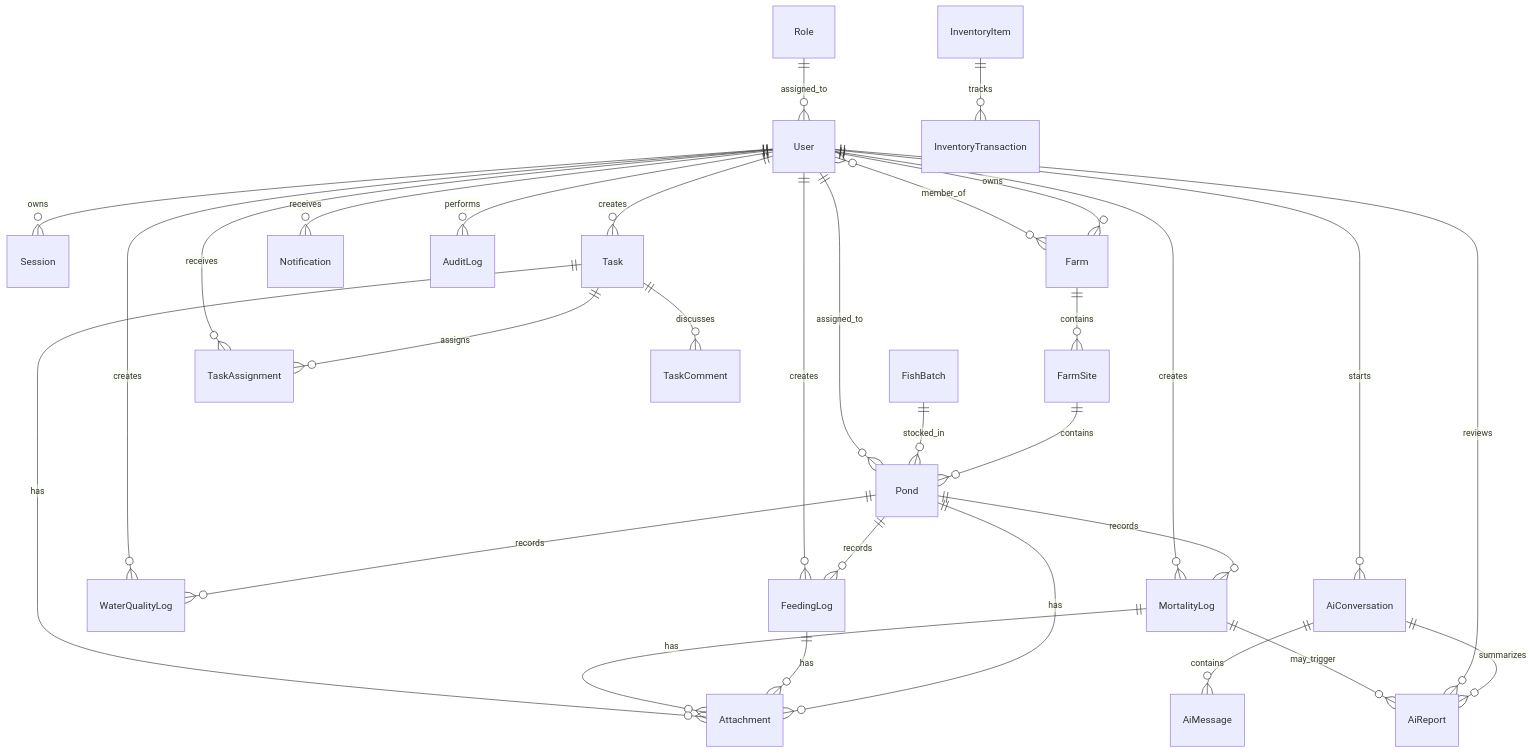
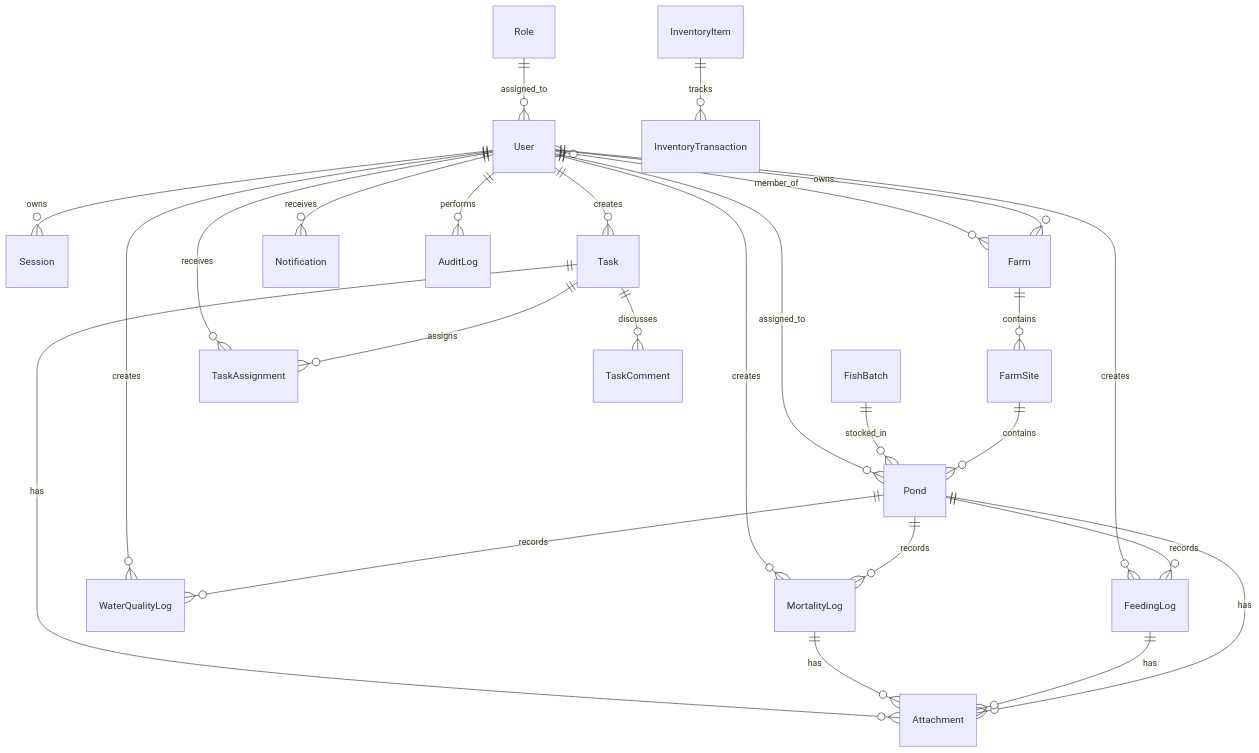
One commit to YunusaBah/AquaCulture changed the diagram in docs/aquaculture-architecture.md. Above: the diagram before and after it, drawn with Mermaid. The commit also changed other lines of this file and 19 other files, not shown here.

````diff
--- a/docs/aquaculture-architecture.md
+++ b/docs/aquaculture-architecture.md
@@ -24,37 +24,32 @@
 ```mermaid
 erDiagram
   User ||--o{ Session : owns
   Role ||--o{ User : assigned_to
   User ||--o{ Farm : owns
   User }o--o{ Farm : member_of
   Farm ||--o{ FarmSite : contains
   FarmSite ||--o{ Pond : contains
   FishBatch ||--o{ Pond : stocked_in
   User ||--o{ Pond : assigned_to
 
   Pond ||--o{ FeedingLog : records
   Pond ||--o{ WaterQualityLog : records
   Pond ||--o{ MortalityLog : records
   User ||--o{ FeedingLog : creates
   User ||--o{ WaterQualityLog : creates
   User ||--o{ MortalityLog : creates
 
   InventoryItem ||--o{ InventoryTransaction : tracks
   User ||--o{ Task : creates
   Task ||--o{ TaskAssignment : assigns
   User ||--o{ TaskAssignment : receives
   Task ||--o{ TaskComment : discusses
   User ||--o{ Notification : receives
 
-  AiConversation ||--o{ AiMessage : contains
-  AiConversation ||--o{ AiReport : summarizes
-  User ||--o{ AiConversation : starts
-  User ||--o{ AiReport : reviews
-  MortalityLog ||--o{ AiReport : may_trigger
 
   Pond ||--o{ Attachment : has
   FeedingLog ||--o{ Attachment : has
   MortalityLog ||--o{ Attachment : has
   Task ||--o{ Attachment : has
   User ||--o{ AuditLog : performs
 ```
````
